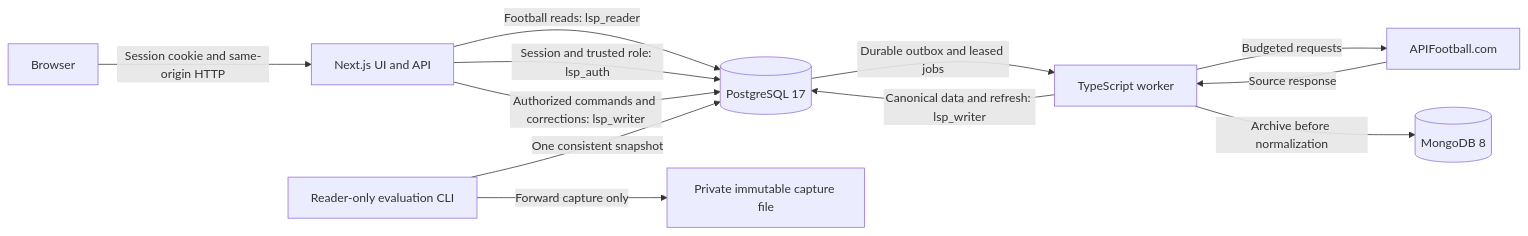
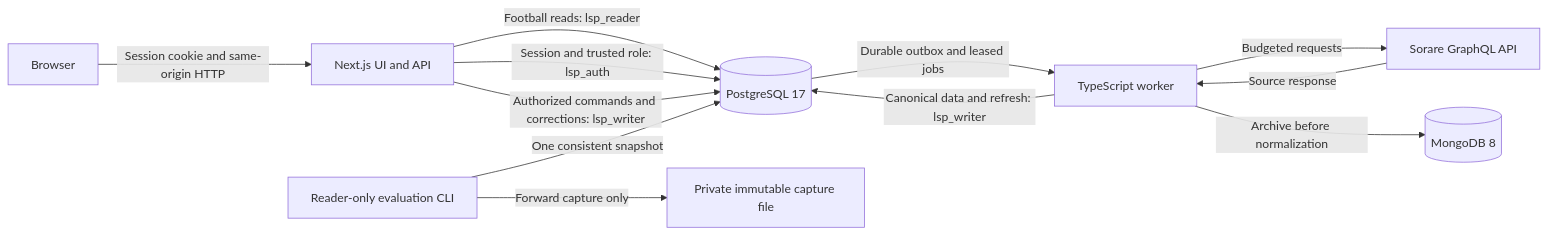
Before and after one commit to DevaOnL/Live-Sports-Prediction: the diagram in docs/architecture.md, drawn with Mermaid. The commit also changed other lines of this file and 59 other files, not shown here.

````diff
--- a/docs/architecture.md
+++ b/docs/architecture.md
@@ -16,14 +19,14 @@
 ```mermaid
 flowchart LR
   Browser[Browser] -->|Session cookie and same-origin HTTP| Web[Next.js UI and API]
   Web -->|Football reads: lsp_reader| PG[(PostgreSQL 17)]
   Web -->|Session and trusted role: lsp_auth| PG
   Web -->|Authorized commands and corrections: lsp_writer| PG
-  Worker[TypeScript worker] -->|Budgeted requests| Provider[APIFootball.com]
+  Worker[TypeScript worker] -->|Budgeted requests| Provider[Sorare GraphQL API]
   Provider -->|Source response| Worker
   Worker -->|Archive before normalization| Mongo[(MongoDB 8)]
   Worker -->|Canonical data and refresh: lsp_writer| PG
   PG -->|Durable outbox and leased jobs| Worker
   Measure[Reader-only evaluation CLI] -->|One consistent snapshot| PG
   Measure -->|Forward capture only| Capture[Private immutable capture file]
 ```
````
